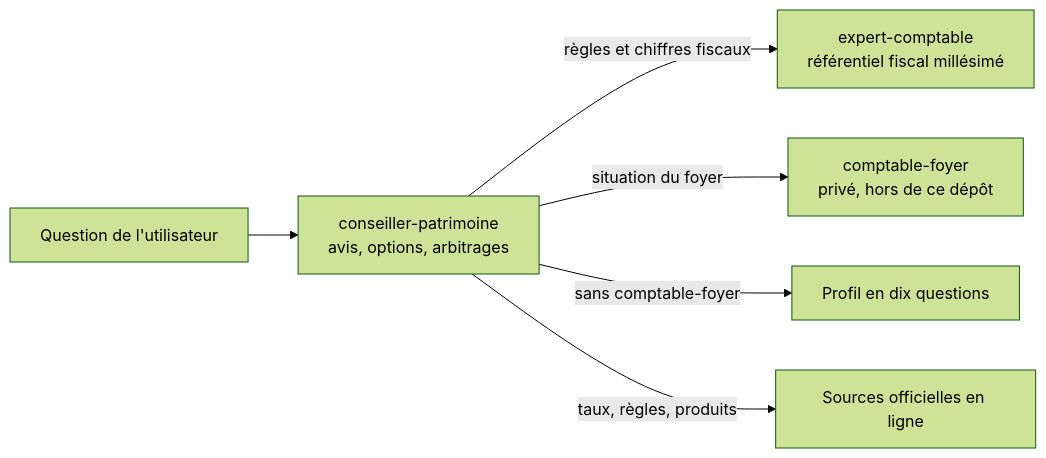
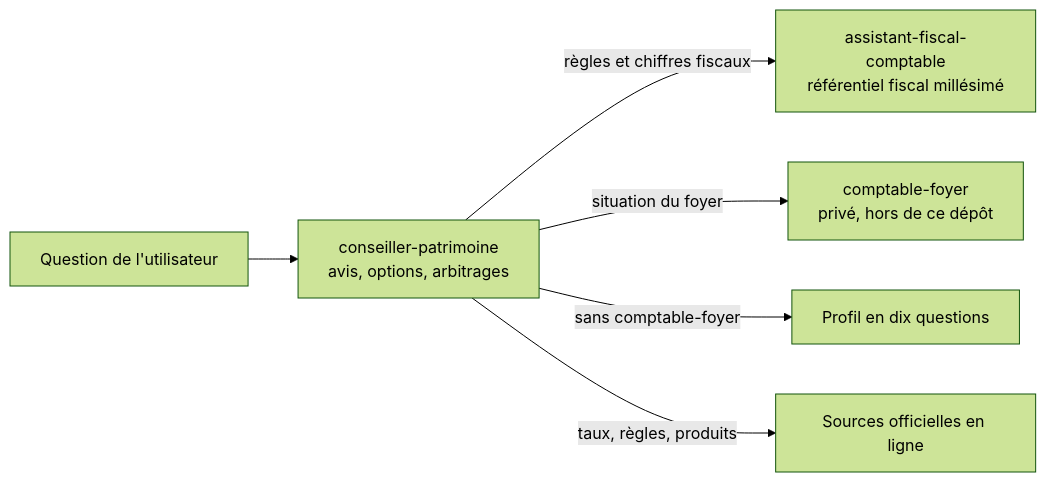
The diagram in docs/conseiller-patrimoine.md (joachimpomme-ctrl/comptable), drawn with Mermaid (forest theme) before and after one commit. The commit also changed other lines of this file and 40 other files, not shown here.

````diff
--- a/docs/conseiller-patrimoine.md
+++ b/docs/conseiller-patrimoine.md
@@ -186,8 +186,8 @@
 ```mermaid
 flowchart LR
     U[Question de l'utilisateur] --> C[conseiller-patrimoine<br/>avis, options, arbitrages]
-    C -->|règles et chiffres fiscaux| E[expert-comptable<br/>référentiel fiscal millésimé]
+    C -->|règles et chiffres fiscaux| E[assistant-fiscal-comptable<br/>référentiel fiscal millésimé]
     C -->|situation du foyer| F[comptable-foyer<br/>privé, hors de ce dépôt]
     C -->|sans comptable-foyer| P[Profil en dix questions]
     C -->|taux, règles, produits| S[Sources officielles en ligne]
 ```
````
